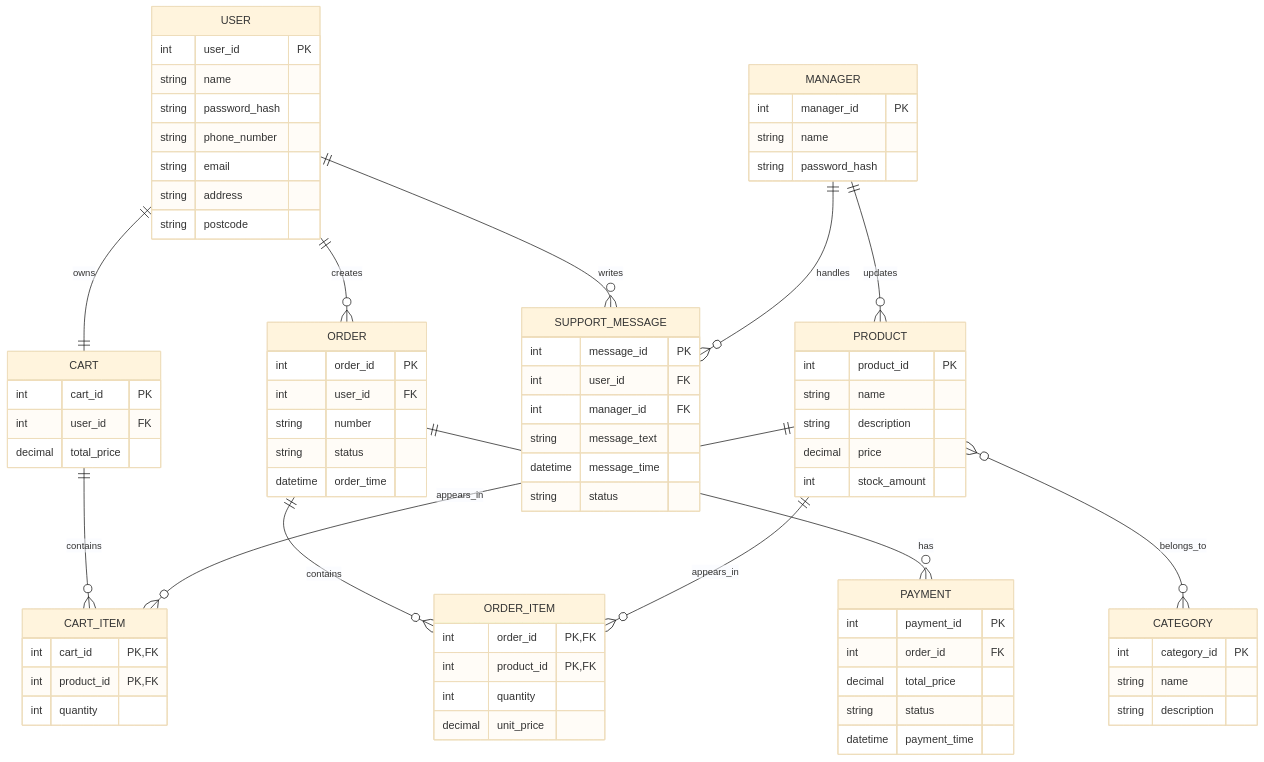
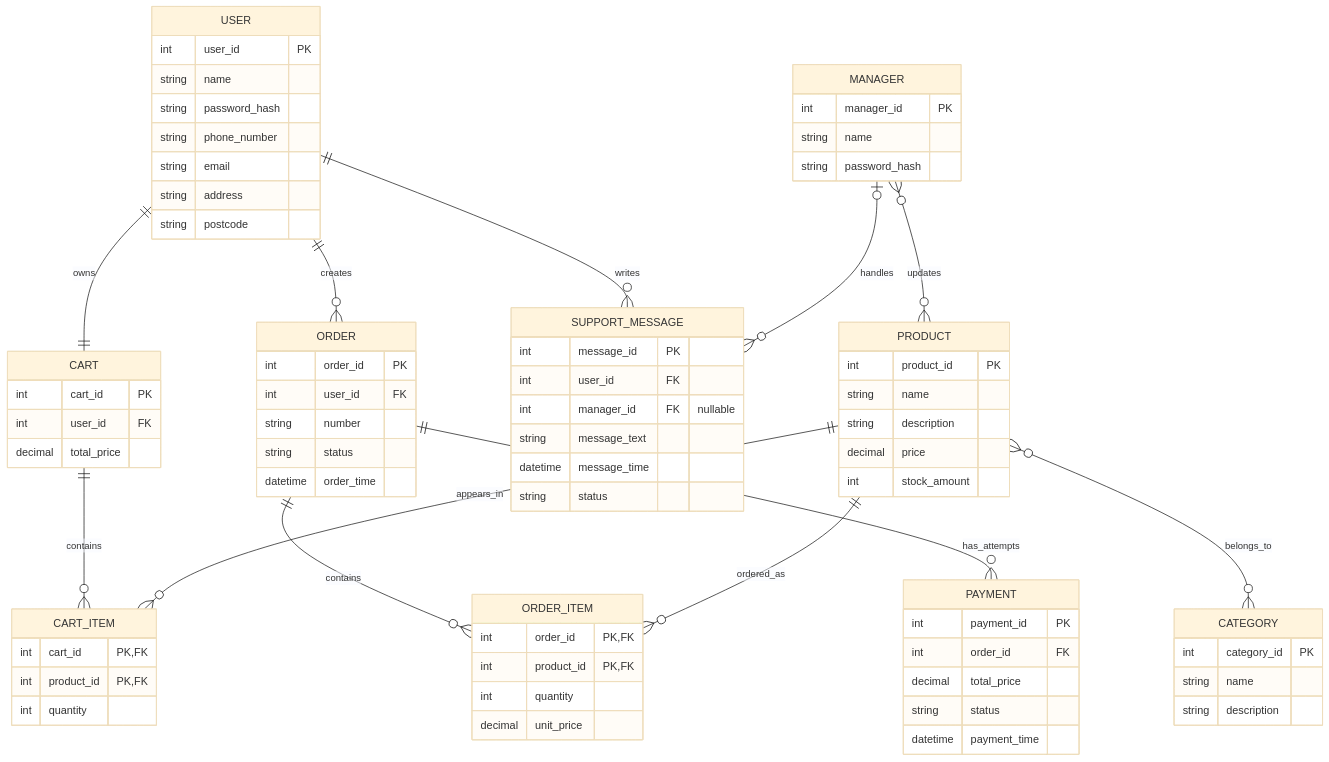
The diagram in lab1/diagram.mmd (sklokcm/KPI2), drawn with Mermaid (base theme) before and after one commit. The commit also changed 3 other files, not shown here.

```diff
--- a/lab1/diagram.mmd
+++ b/lab1/diagram.mmd
@@ -1,91 +1,86 @@
 erDiagram
-    USER ||--|| CART : owns
-    USER ||--o{ ORDER : creates
-    USER ||--o{ SUPPORT_MESSAGE : writes
+	USER ||--|| CART : owns
+	USER ||--o{ ORDER : creates
+	USER ||--o{ SUPPORT_MESSAGE : writes
+	MANAGER }o--o{ PRODUCT : updates
+	PRODUCT }o--o{ CATEGORY : belongs_to
+	CART ||--o{ CART_ITEM : contains
+	PRODUCT ||--o{ CART_ITEM : appears_in
+	ORDER ||--o{ ORDER_ITEM : contains
+	PRODUCT ||--o{ ORDER_ITEM : ordered_as
+	ORDER ||--o{ PAYMENT : has_attempts
+	MANAGER o|--o{ SUPPORT_MESSAGE : handles
 
-    MANAGER ||--o{ SUPPORT_MESSAGE : handles
-    MANAGER ||--o{ PRODUCT : updates
+	USER {
+		int user_id PK
+		string name
+		string password_hash
+		string phone_number
+		string email
+		string address
+		string postcode
+	}
 
-    PRODUCT }o--o{ CATEGORY : belongs_to
+	MANAGER {
+		int manager_id PK
+		string name
+		string password_hash
+	}
 
-    CART ||--o{ CART_ITEM : contains
-    PRODUCT ||--o{ CART_ITEM : appears_in
+	PRODUCT {
+		int product_id PK
+		string name
+		string description
+		decimal price
+		int stock_amount
+	}
 
-    ORDER ||--o{ ORDER_ITEM : contains
-    PRODUCT ||--o{ ORDER_ITEM : appears_in
+	CATEGORY {
+		int category_id PK
+		string name
+		string description
+	}
 
-    ORDER ||--o{ PAYMENT : has
+	CART {
+		int cart_id PK
+		int user_id FK
+		decimal total_price
+	}
 
-    USER {
-        int user_id PK
-        string name
-        string password_hash
-        string phone_number
-        string email
-        string address
-        string postcode
-    }
+	CART_ITEM {
+		int cart_id PK, FK
+		int product_id PK, FK
+		int quantity
+	}
 
-    MANAGER {
-        int manager_id PK
-        string name
-        string password_hash
-    }
+	ORDER {
+		int order_id PK
+		int user_id FK
+		string number
+		string status
+		datetime order_time
+	}
 
-    CART {
-        int cart_id PK
-        int user_id FK
-        decimal total_price
-    }
+	ORDER_ITEM {
+		int order_id PK, FK
+		int product_id PK, FK
+		int quantity
+		decimal unit_price
+	}
 
-    PRODUCT {
-        int product_id PK
-        string name
-        string description
-        decimal price
-        int stock_amount
-    }
+	PAYMENT {
+		int payment_id PK
+		int order_id FK
+		decimal total_price
+		string status
+		datetime payment_time
+	}
 
-    CATEGORY {
-        int category_id PK
-        string name
-        string description
-    }
-
-    CART_ITEM {
-        int cart_id PK, FK
-        int product_id PK, FK
-        int quantity
-    }
-
-    ORDER {
-        int order_id PK
-        int user_id FK
-        string number
-        string status
-        datetime order_time
-    }
-
-    ORDER_ITEM {
-        int order_id PK, FK
-        int product_id PK, FK
-        int quantity
-        decimal unit_price
-    }
-
-    PAYMENT {
-        int payment_id PK
-        int order_id FK
-        decimal total_price
-        string status
-        datetime payment_time
-    }
-
-    SUPPORT_MESSAGE {
-        int message_id PK
-        int user_id FK
-        int manager_id FK
-        string message_text
-        datetime message_time
-        string status
-    }
+	SUPPORT_MESSAGE {
+		int message_id PK
+		int user_id FK
+		int manager_id FK "nullable"
+		string message_text
+		datetime message_time
+		string status
+	}
```
